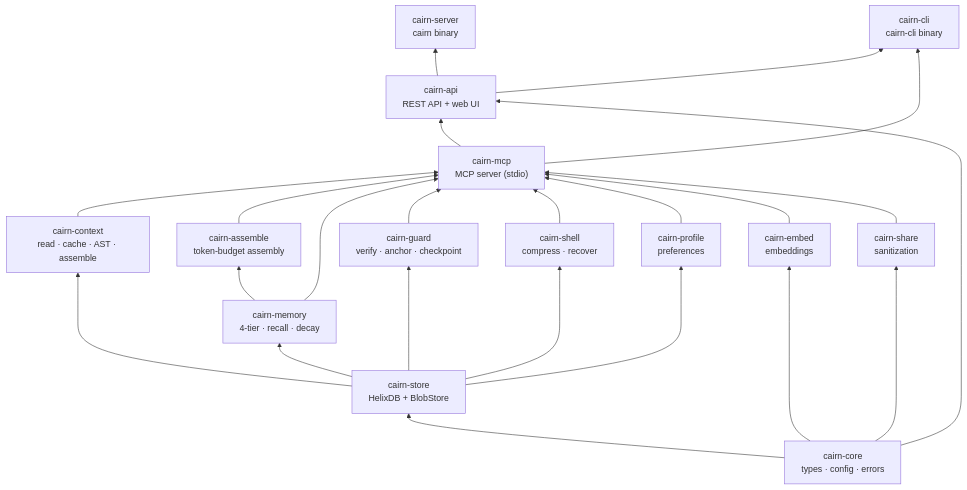
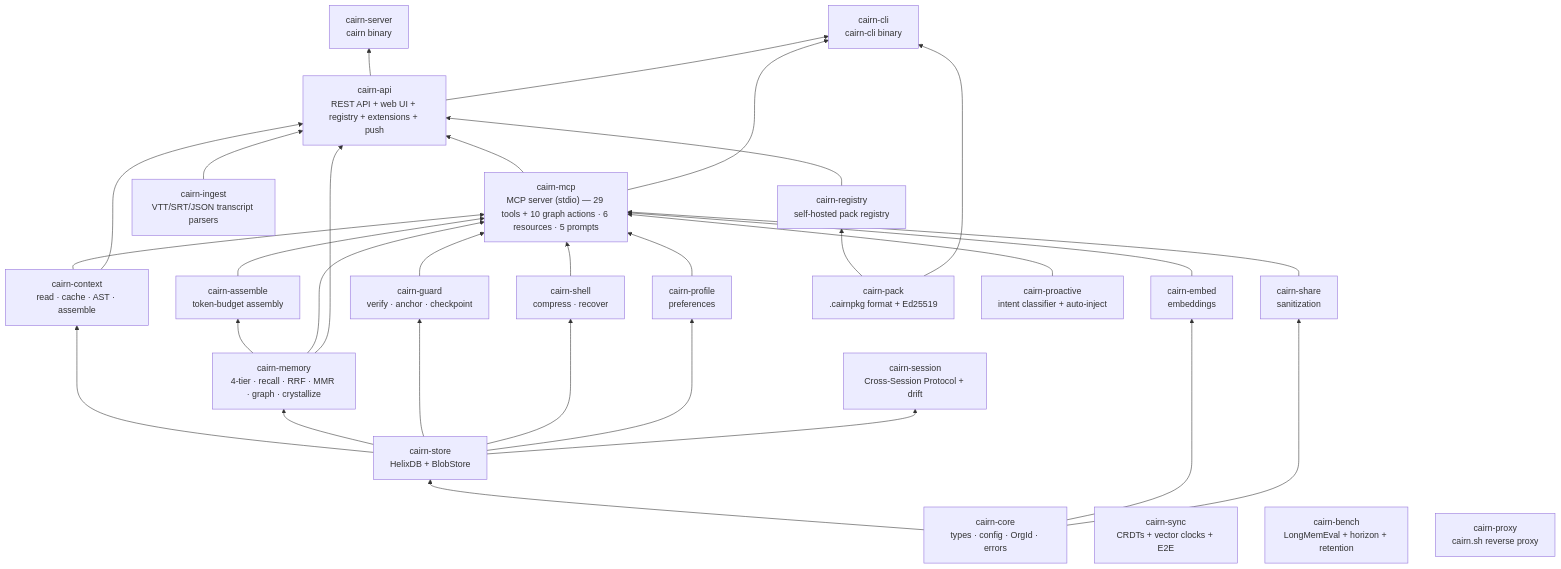
One commit to Vellixia/Cairn changed the second of 2 diagrams in docs/ARCHITECTURE.md. Above: the diagram before and after it, drawn with Mermaid. The commit also changed other lines of this file and 183 other files, not shown here.

````diff
--- a/docs/ARCHITECTURE.md
+++ b/docs/ARCHITECTURE.md
@@ -42,40 +42,55 @@
 ```mermaid
 graph BT
-    core["cairn-core<br/>types · config · errors"]
+    core["cairn-core<br/>types · config · OrgId · errors"]
     store["cairn-store<br/>HelixDB + BlobStore"]
     context["cairn-context<br/>read · cache · AST · assemble"]
-    memory["cairn-memory<br/>4-tier · recall · decay"]
+    memory["cairn-memory<br/>4-tier · recall · RRF · MMR · graph · crystallize"]
     guard["cairn-guard<br/>verify · anchor · checkpoint"]
     shell["cairn-shell<br/>compress · recover"]
     profile["cairn-profile<br/>preferences"]
     assemble["cairn-assemble<br/>token-budget assembly"]
     share["cairn-share<br/>sanitization"]
     embed["cairn-embed<br/>embeddings"]
-    mcp["cairn-mcp<br/>MCP server (stdio)"]
-    api["cairn-api<br/>REST API + web UI"]
+    session["cairn-session<br/>Cross-Session Protocol + drift"]
+    pack["cairn-pack<br/>.cairnpkg format + Ed25519"]
+    registry["cairn-registry<br/>self-hosted pack registry"]
+    sync["cairn-sync<br/>CRDTs + vector clocks + E2E"]
+    bench["cairn-bench<br/>LongMemEval + horizon + retention"]
+    proactive["cairn-proactive<br/>intent classifier + auto-inject"]
+    proxy["cairn-proxy<br/>cairn.sh reverse proxy"]
+    ingest["cairn-ingest<br/>VTT/SRT/JSON transcript parsers"]
+    mcp["cairn-mcp<br/>MCP server (stdio) — 29 tools + 10 graph actions · 6 resources · 5 prompts"]
+    api["cairn-api<br/>REST API + web UI + registry + extensions + push"]
     server["cairn-server<br/>cairn binary"]
     cli["cairn-cli<br/>cairn-cli binary"]
 
     core --> store
     core --> embed
     core --> share
     store --> context
     store --> memory
     store --> guard
     store --> shell
     store --> profile
+    store --> session
     memory --> assemble
     context --> mcp
     memory --> mcp
     guard --> mcp
     shell --> mcp
     profile --> mcp
     share --> mcp
     embed --> mcp
     assemble --> mcp
+    proactive --> mcp
+    context --> api
+    memory --> api
     mcp --> api
-    core --> api
+    pack --> registry
+    registry --> api
+    ingest --> api
+    pack --> cli
     api --> server
     mcp --> cli
     api --> cli
 ```
````
